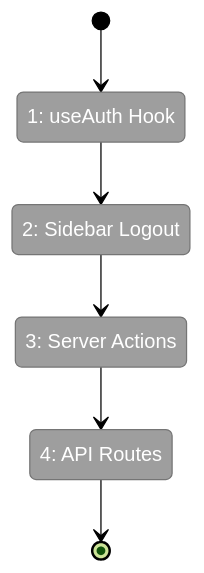
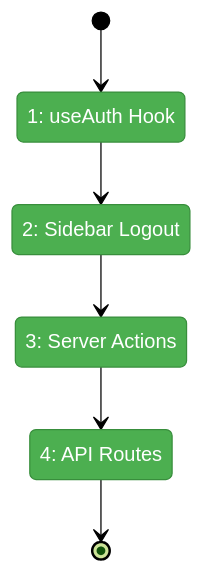
Before and after one commit to AI-Substrate/chainglass: the first of 2 diagrams in docs/plans/063-login/tasks/phase-3-logout-navigation-integration/tasks.fltplan.md, drawn with Mermaid (forest theme). The commit also changed other lines of this file and 23 other files, not shown here.

````diff
--- a/docs/plans/063-login/tasks/phase-3-logout-navigation-integration/tasks.fltplan.md
+++ b/docs/plans/063-login/tasks/phase-3-logout-navigation-integration/tasks.fltplan.md
@@ -42,20 +42,23 @@
 ```mermaid
 stateDiagram-v2
     classDef pending fill:#9E9E9E,stroke:#757575,color:#fff
     classDef active fill:#FFC107,stroke:#FFA000,color:#000
     classDef done fill:#4CAF50,stroke:#388E3C,color:#fff
     classDef blocked fill:#F44336,stroke:#D32F2F,color:#fff
 
     state "1: useAuth Hook" as S1
     state "2: Sidebar Logout" as S2
     state "3: Server Actions" as S3
     state "4: API Routes" as S4
 
     [*] --> S1
     S1 --> S2
     S2 --> S3
     S3 --> S4
     S4 --> [*]
 
-    class S1,S2,S3,S4 pending
+    class S1 done
+    class S2 done
+    class S3 done
+    class S4 done
 ```
````
